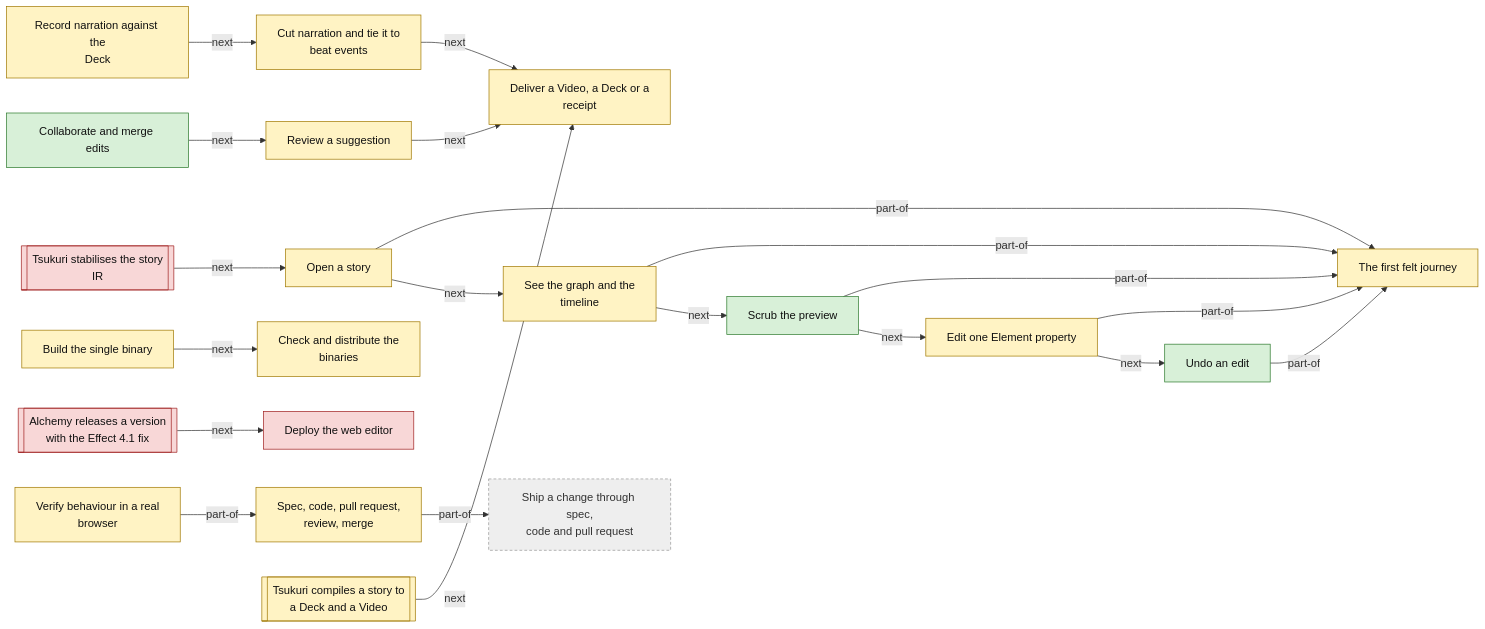
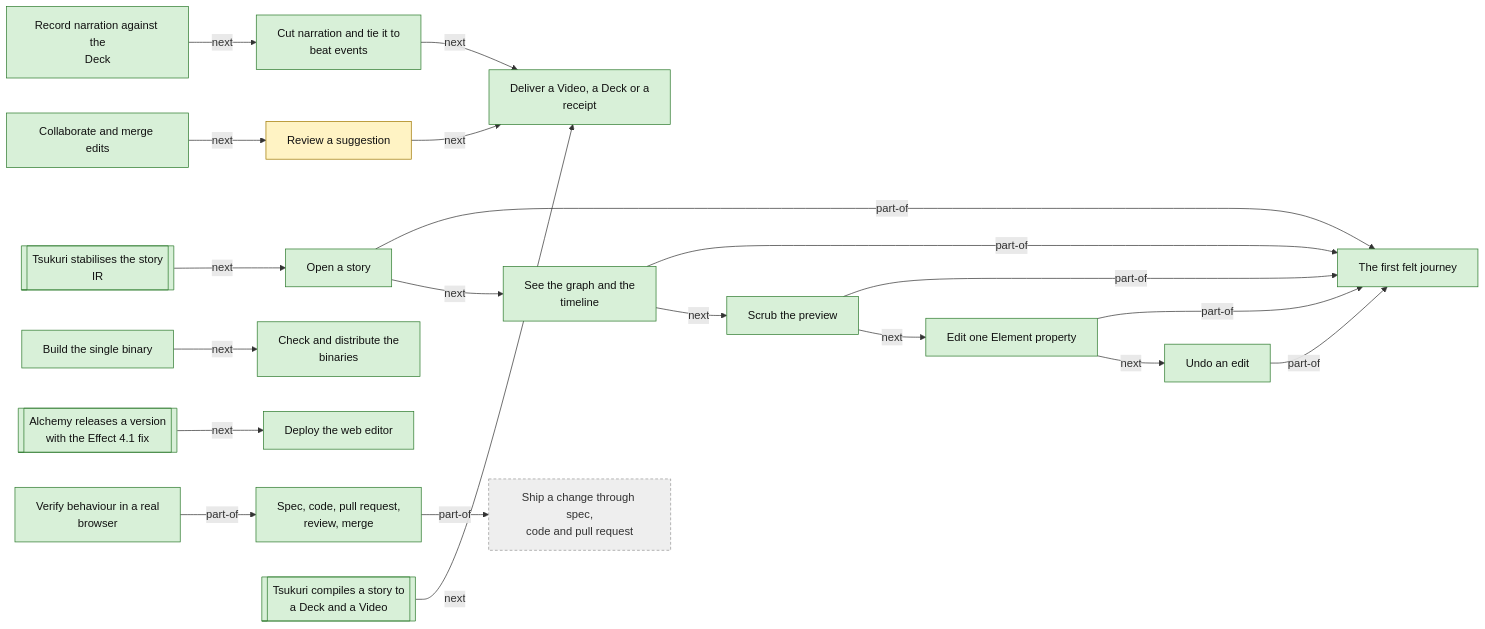
Before and after one commit to reebeat/.github: the second of 2 diagrams in docs/products/studio.md, drawn with Mermaid. The commit also changed other lines of this file and 43 other files, not shown here.

````diff
--- a/docs/products/studio.md
+++ b/docs/products/studio.md
@@ -232,46 +232,46 @@
 ```mermaid
 flowchart LR
     classDef decided fill:#d8f0d8,stroke:#2d7a2d,color:#111
     classDef proposed fill:#fff3c4,stroke:#a07800,color:#111
     classDef open fill:#f8d7d7,stroke:#a02020,color:#111
     classDef outside fill:#eee,stroke:#999,color:#333,stroke-dasharray:4 3
-    process_studio_first_journey["The first felt journey"]:::proposed
-    process_studio_open_story["Open a story"]:::proposed
-    process_studio_inspect_story["See the graph and the<br/>timeline"]:::proposed
+    process_studio_first_journey["The first felt journey"]:::decided
+    process_studio_open_story["Open a story"]:::decided
+    process_studio_inspect_story["See the graph and the<br/>timeline"]:::decided
     process_studio_scrub_preview["Scrub the preview"]:::decided
-    process_studio_edit_property["Edit one Element property"]:::proposed
+    process_studio_edit_property["Edit one Element property"]:::decided
     process_studio_undo_edit["Undo an edit"]:::decided
-    process_studio_record_narration["Record narration against the<br/>Deck"]:::proposed
-    process_studio_cut_narration["Cut narration and tie it to<br/>beat events"]:::proposed
+    process_studio_record_narration["Record narration against the<br/>Deck"]:::decided
+    process_studio_cut_narration["Cut narration and tie it to<br/>beat events"]:::decided
     process_studio_collaborate_merge["Collaborate and merge edits"]:::decided
     process_studio_review_suggestion["Review a suggestion"]:::proposed
-    process_studio_deliver["Deliver a Video, a Deck or a<br/>receipt"]:::proposed
-    process_studio_build_binary["Build the single binary"]:::proposed
-    process_studio_distribute_binary["Check and distribute the<br/>binaries"]:::proposed
-    process_studio_deploy_web["Deploy the web editor"]:::open
-    process_studio_pr_review_loop["Spec, code, pull request,<br/>review, merge"]:::proposed
-    process_studio_verify_journey["Verify behaviour in a real<br/>browser"]:::proposed
-    extproc_studio_tsukuri_ir_stable[["Tsukuri stabilises the story<br/>IR"]]:::open
-    extproc_studio_tsukuri_compile[["Tsukuri compiles a story to<br/>a Deck and a Video"]]:::proposed
-    extproc_studio_alchemy_release[["Alchemy releases a version<br/>with the Effect 4.1 fix"]]:::open
+    process_studio_deliver["Deliver a Video, a Deck or a<br/>receipt"]:::decided
+    process_studio_build_binary["Build the single binary"]:::decided
+    process_studio_distribute_binary["Check and distribute the<br/>binaries"]:::decided
+    process_studio_deploy_web["Deploy the web editor"]:::decided
+    process_studio_pr_review_loop["Spec, code, pull request,<br/>review, merge"]:::decided
+    process_studio_verify_journey["Verify behaviour in a real<br/>browser"]:::decided
+    extproc_studio_tsukuri_ir_stable[["Tsukuri stabilises the story<br/>IR"]]:::decided
+    extproc_studio_tsukuri_compile[["Tsukuri compiles a story to<br/>a Deck and a Video"]]:::decided
+    extproc_studio_alchemy_release[["Alchemy releases a version<br/>with the Effect 4.1 fix"]]:::decided
     process_org_ship_change["Ship a change through spec,<br/>code and pull request"]:::outside
     process_studio_open_story -->|part-of| process_studio_first_journey
     process_studio_open_story -->|next| process_studio_inspect_story
     process_studio_inspect_story -->|part-of| process_studio_first_journey
     process_studio_inspect_story -->|next| process_studio_scrub_preview
     process_studio_scrub_preview -->|part-of| process_studio_first_journey
     process_studio_scrub_preview -->|next| process_studio_edit_property
     process_studio_edit_property -->|part-of| process_studio_first_journey
     process_studio_edit_property -->|next| process_studio_undo_edit
     process_studio_undo_edit -->|part-of| process_studio_first_journey
     process_studio_record_narration -->|next| process_studio_cut_narration
     process_studio_cut_narration -->|next| process_studio_deliver
     process_studio_collaborate_merge -->|next| process_studio_review_suggestion
     process_studio_review_suggestion -->|next| process_studio_deliver
     process_studio_build_binary -->|next| process_studio_distribute_binary
     process_studio_pr_review_loop -->|part-of| process_org_ship_change
     process_studio_verify_journey -->|part-of| process_studio_pr_review_loop
     extproc_studio_tsukuri_ir_stable -->|next| process_studio_open_story
     extproc_studio_tsukuri_compile -->|next| process_studio_deliver
     extproc_studio_alchemy_release -->|next| process_studio_deploy_web
 ```
````
